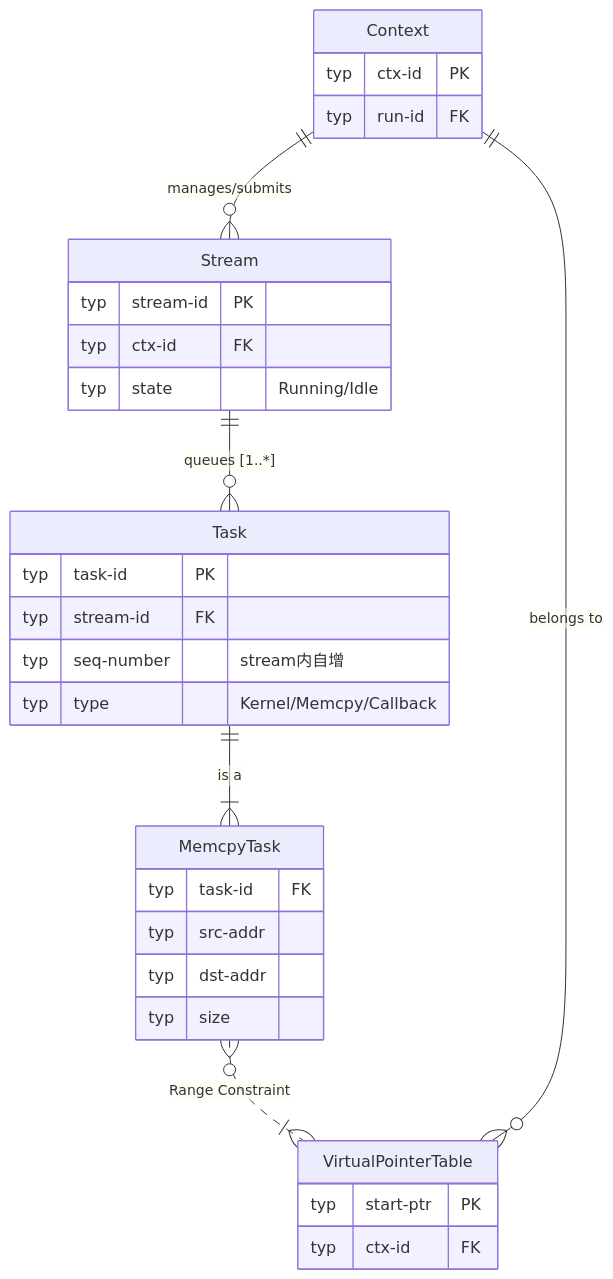
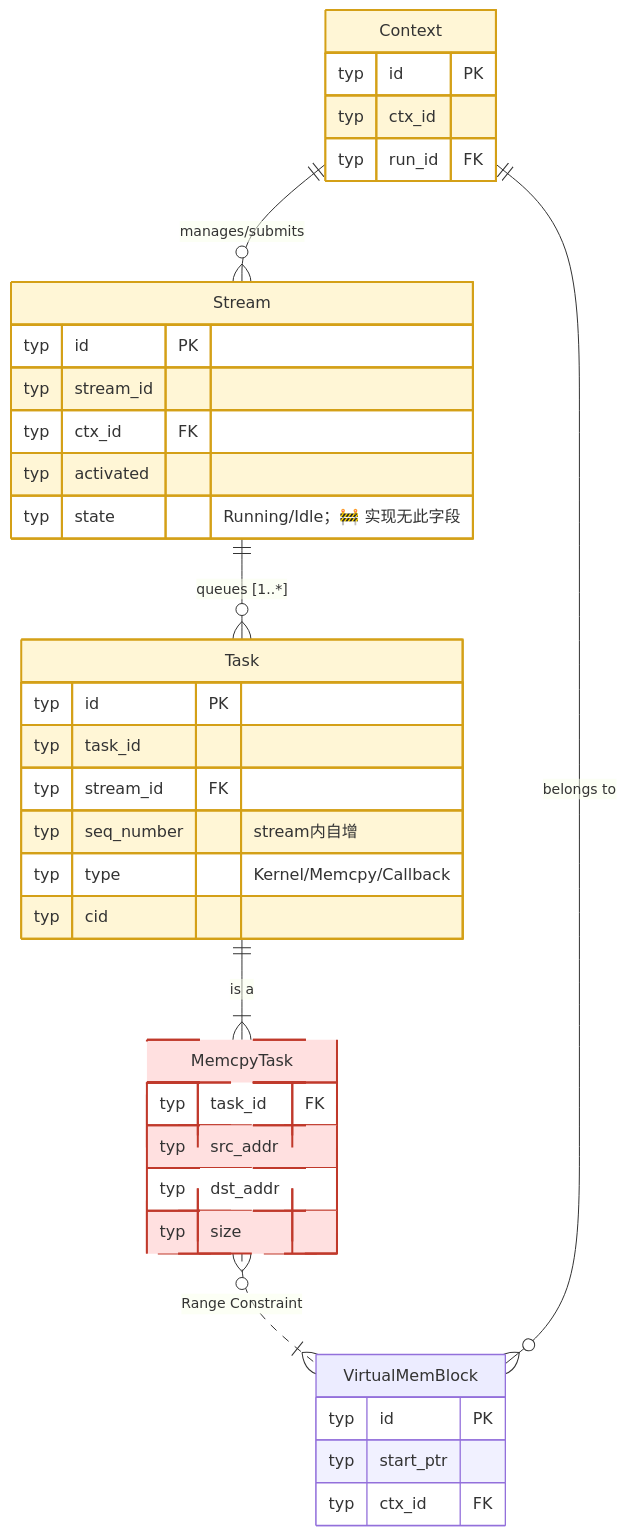
One commit to Fengfengst123/hcomm-mirror changed the sixth of 19 diagrams in test/hccl_vm/docs/simulator_runner_data_model.md. Above: the diagram before and after it, drawn with Mermaid. The commit also changed other lines of this file and 701 other files, not shown here.

````diff
--- a/test/hccl_vm/docs/simulator_runner_data_model.md
+++ b/test/hccl_vm/docs/simulator_runner_data_model.md
@@ -455,45 +589,59 @@
 ```mermaid
 erDiagram
     Context {
-        typ ctx-id PK
-        typ run-id FK
+        typ id PK
+        typ ctx_id
+        typ run_id FK
     }
 
     Stream {
-        typ stream-id PK
-        typ ctx-id FK
-        typ state "Running/Idle"
+        typ id PK
+        typ stream_id
+        typ ctx_id FK
+        typ activated
+        typ state "Running/Idle；🚧 实现无此字段"
     }
+    %% 实现无 state 字段；运行态由 activated/capture_status/task_complete_status 表达
 
     %% Stream 包含有序的任务列表
     Context ||--o{ Stream : "manages/submits"
     Stream ||--o{ Task : "queues [1..*]"
 
     Task {
-        typ task-id PK
-        typ stream-id FK
-        typ seq-number "stream内自增"
+        typ id PK
+        typ task_id
+        typ stream_id FK
+        typ seq_number "stream内自增"
         typ type "Kernel/Memcpy/Callback"
+        typ cid
     }
 
     %% 各种具体的 Task 类型 (逻辑上的继承关系)
     MemcpyTask {
-        typ task-id FK
-        typ src-addr
-        typ dst-addr
+        typ task_id FK
+        typ src_addr
+        typ dst_addr
         typ size
     }
 
     %% 继承关系的逻辑表达 (Task 分为多种)
+    %% 🧠 可进程私有：Context / Stream / Task（仅 src/proxy 访问）
+    %% MemcpyTask 由 Task.type 判别（实现只建 Task 表）
     Task ||--|{ MemcpyTask : "is a"
 
-    %% MemcpyTask 的地址应该在 VirtualPointerTable 可寻址
-    MemcpyTask }o..|{ VirtualPointerTable : "Range Constraint"
-    VirtualPointerTable {
-        typ start-ptr PK
-        typ ctx-id FK
+    %% MemcpyTask 的地址应该在 VirtualMemBlock 可寻址
+    MemcpyTask }o..|{ VirtualMemBlock : "Range Constraint"
+    VirtualMemBlock {
+        typ id PK
+        typ start_ptr
+        typ ctx_id FK
     }
 
-    VirtualPointerTable }o--|| Context : "belongs to"
+    VirtualMemBlock }o--|| Context : "belongs to"
+
+    classDef unimplemented fill:#ffe0e0,stroke:#c0392b,stroke-width:2px,stroke-dasharray:5 3
+    classDef inproc fill:#fff6d6,stroke:#d4a017,stroke-width:2px
+    class MemcpyTask unimplemented
+    class Context,Stream,Task inproc
 
 ```
````
